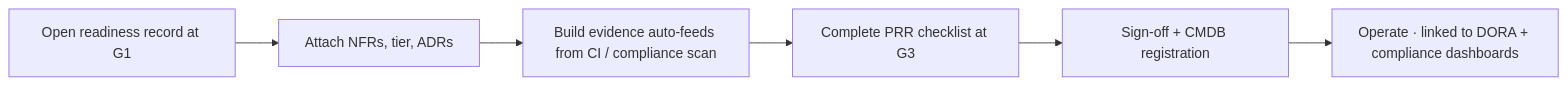
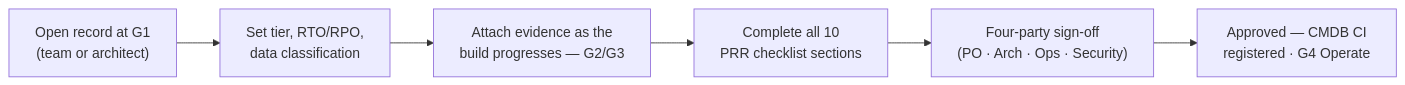
One commit to bcgov/app-readiness-framework changed the diagram in docs/reference/servicenow-process.md. Above: the diagram before and after it, drawn with Mermaid. The commit also changed other lines of this file and 1 other file, not shown here.

````diff
--- a/docs/reference/servicenow-process.md
+++ b/docs/reference/servicenow-process.md
@@ -24,8 +15,8 @@
 ```mermaid
 graph LR
-    A[Open readiness record at G1] --> B[Attach NFRs, tier, ADRs]
-    B --> C[Build evidence auto-feeds from CI / compliance scan]
-    C --> D[Complete PRR checklist at G3]
-    D --> E[Sign-off + CMDB registration]
-    E --> F[Operate · linked to DORA + compliance dashboards]
+    A["Open record at G1<br/>(team or architect)"] --> B["Set tier, RTO/RPO,<br/>data classification"]
+    B --> C["Attach evidence as the<br/>build progresses — G2/G3"]
+    C --> D["Complete all 10<br/>PRR checklist sections"]
+    D --> E["Four-party sign-off<br/>(PO · Arch · Ops · Security)"]
+    E --> F["Approved — CMDB CI<br/>registered · G4 Operate"]
 ```
````
